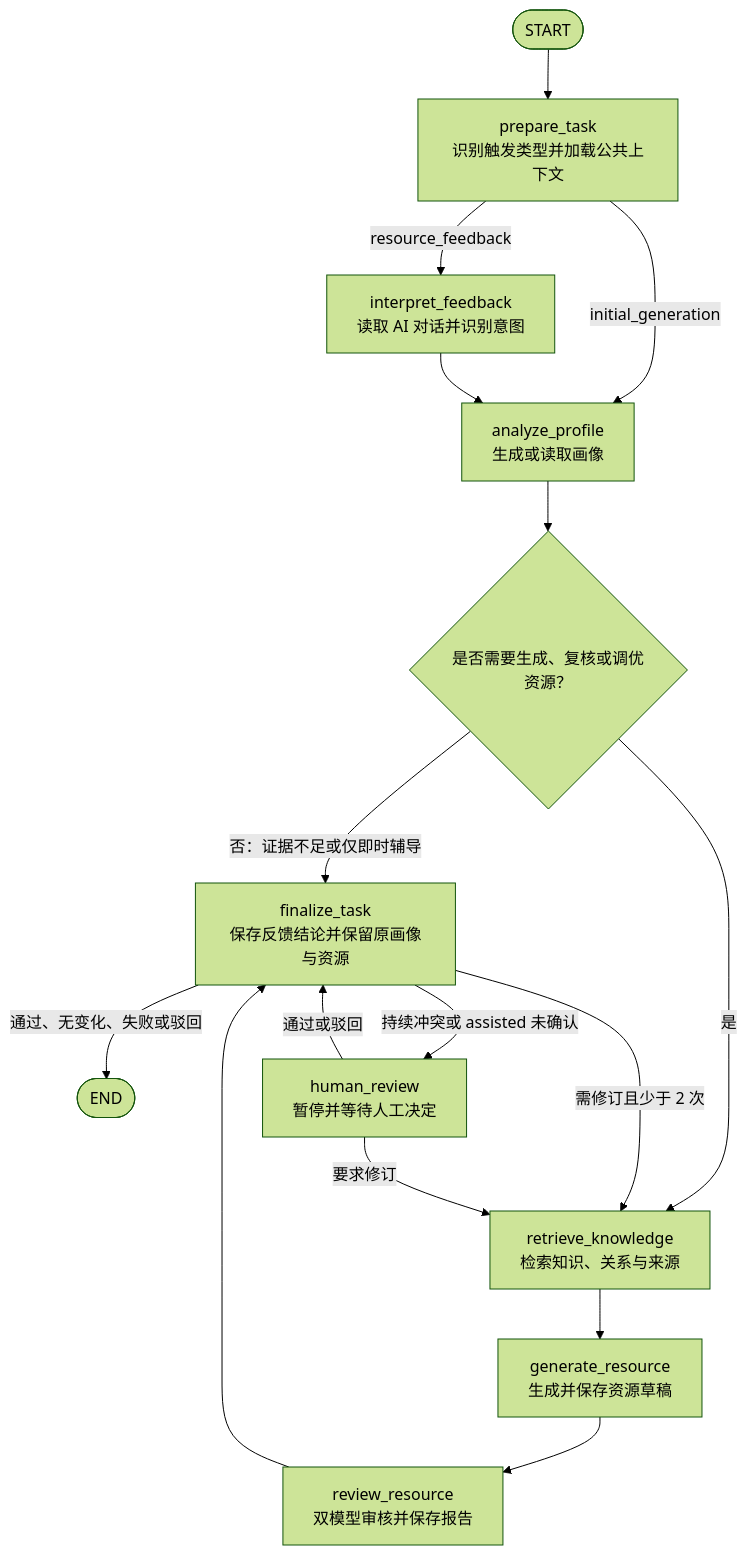
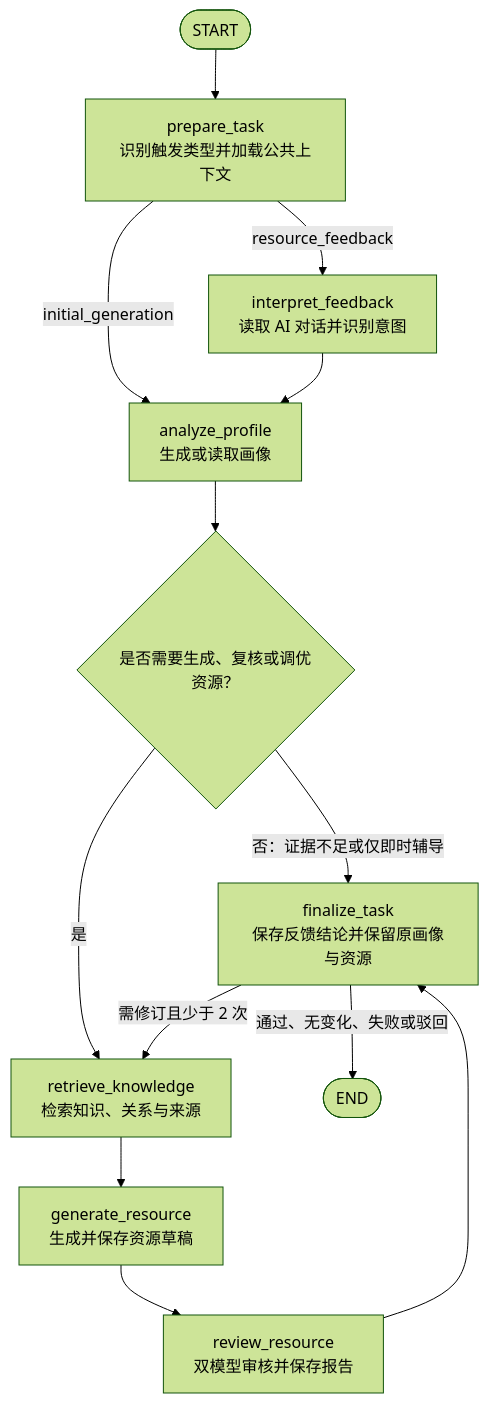
One commit to yolo1225/Cognivia changed the second of 2 diagrams in 设计文档-人工智能应用开发实训多智能体个性化知识生成系统.md. Above: the diagram before and after it, drawn with Mermaid (forest theme). The commit also changed other lines of this file and 8 other files, not shown here.

````diff
--- a/设计文档-人工智能应用开发实训多智能体个性化知识生成系统.md
+++ b/设计文档-人工智能应用开发实训多智能体个性化知识生成系统.md
@@ -114,23 +151,19 @@
 ```mermaid
 flowchart TD
   START([START]) --> PREPARE["prepare_task<br/>识别触发类型并加载公共上下文"]
 
   PREPARE -->|initial_generation| PROFILE["analyze_profile<br/>生成或读取画像"]
   PREPARE -->|resource_feedback| FEEDBACK["interpret_feedback<br/>读取 AI 对话并识别意图"]
   FEEDBACK --> PROFILE
 
   PROFILE --> PROFILE_DECISION{"是否需要生成、复核或调优资源？"}
   PROFILE_DECISION -->|否：证据不足或仅即时辅导| FINALIZE["finalize_task<br/>保存反馈结论并保留原画像与资源"]
   PROFILE_DECISION -->|是| RETRIEVE["retrieve_knowledge<br/>检索知识、关系与来源"]
 
   RETRIEVE --> GENERATE["generate_resource<br/>生成并保存资源草稿"]
   GENERATE --> REVIEW["review_resource<br/>双模型审核并保存报告"]
   REVIEW --> FINALIZE
 
   FINALIZE -->|通过、无变化、失败或驳回| DONE([END])
   FINALIZE -->|需修订且少于 2 次| RETRIEVE
-  FINALIZE -->|持续冲突或 assisted 未确认| HUMAN["human_review<br/>暂停并等待人工决定"]
-
-  HUMAN -->|要求修订| RETRIEVE
-  HUMAN -->|通过或驳回| FINALIZE
 ```
````
